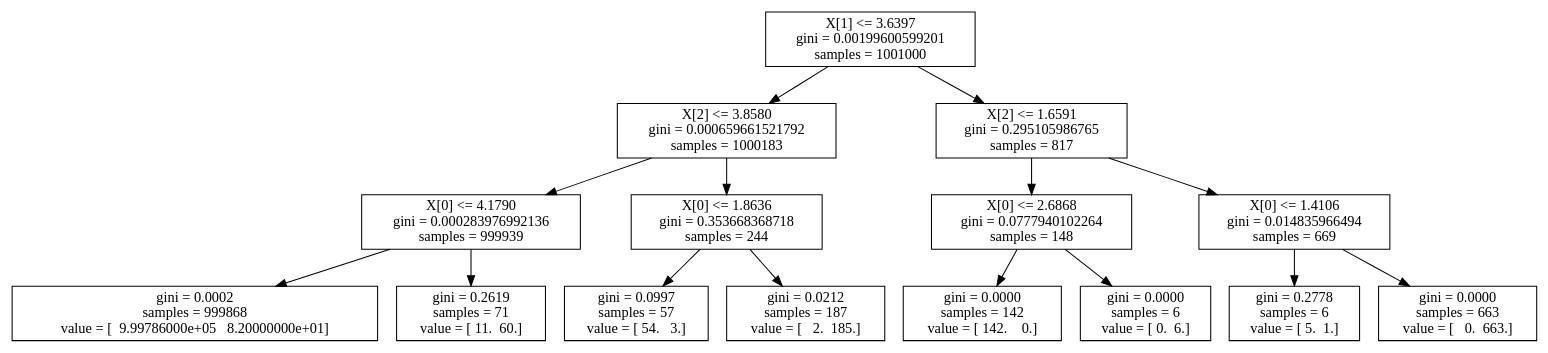
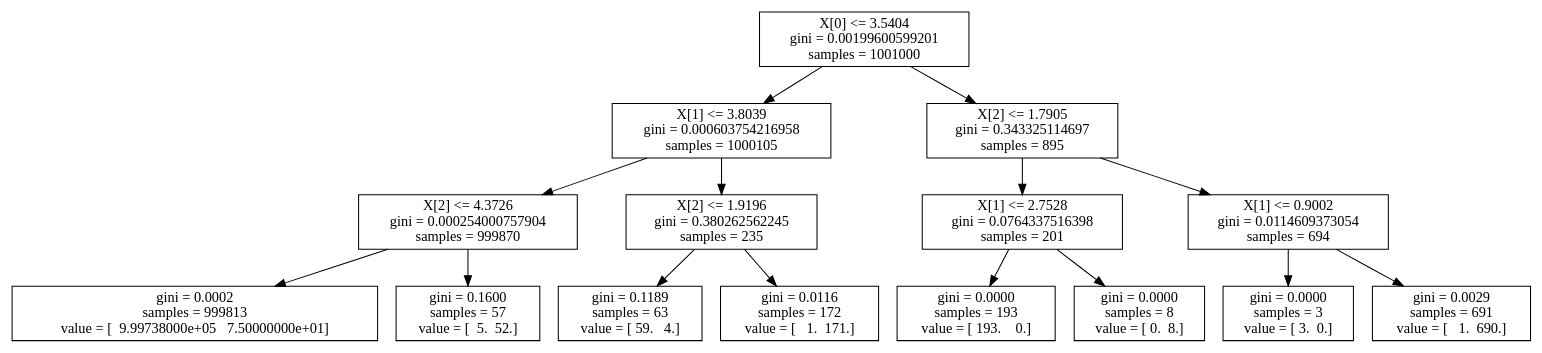
Before and after one commit to NaOsugi1987/myStudies: the diagram in 異常検知と変化検知/tree3D.dot, drawn with Graphviz. The commit also changed 3 other files, not shown here.

```diff
--- a/異常検知と変化検知/tree3D.dot
+++ b/異常検知と変化検知/tree3D.dot
@@ -1,31 +1,31 @@
 digraph Tree {
-0 [label="X[1] <= 3.6397\ngini = 0.00199600599201\nsamples = 1001000", shape="box"] ;
-1 [label="X[2] <= 3.8580\ngini = 0.000659661521792\nsamples = 1000183", shape="box"] ;
+0 [label="X[0] <= 3.5404\ngini = 0.00199600599201\nsamples = 1001000", shape="box"] ;
+1 [label="X[1] <= 3.8039\ngini = 0.000603754216958\nsamples = 1000105", shape="box"] ;
 0 -> 1 ;
-2 [label="X[0] <= 4.1790\ngini = 0.000283976992136\nsamples = 999939", shape="box"] ;
+2 [label="X[2] <= 4.3726\ngini = 0.000254000757904\nsamples = 999870", shape="box"] ;
 1 -> 2 ;
-3 [label="gini = 0.0002\nsamples = 999868\nvalue = [  9.99786000e+05   8.20000000e+01]", shape="box"] ;
+3 [label="gini = 0.0002\nsamples = 999813\nvalue = [  9.99738000e+05   7.50000000e+01]", shape="box"] ;
 2 -> 3 ;
-4 [label="gini = 0.2619\nsamples = 71\nvalue = [ 11.  60.]", shape="box"] ;
+4 [label="gini = 0.1600\nsamples = 57\nvalue = [  5.  52.]", shape="box"] ;
 2 -> 4 ;
-5 [label="X[0] <= 1.8636\ngini = 0.353668368718\nsamples = 244", shape="box"] ;
+5 [label="X[2] <= 1.9196\ngini = 0.380262562245\nsamples = 235", shape="box"] ;
 1 -> 5 ;
-6 [label="gini = 0.0997\nsamples = 57\nvalue = [ 54.   3.]", shape="box"] ;
+6 [label="gini = 0.1189\nsamples = 63\nvalue = [ 59.   4.]", shape="box"] ;
 5 -> 6 ;
-7 [label="gini = 0.0212\nsamples = 187\nvalue = [   2.  185.]", shape="box"] ;
+7 [label="gini = 0.0116\nsamples = 172\nvalue = [   1.  171.]", shape="box"] ;
 5 -> 7 ;
-8 [label="X[2] <= 1.6591\ngini = 0.295105986765\nsamples = 817", shape="box"] ;
+8 [label="X[2] <= 1.7905\ngini = 0.343325114697\nsamples = 895", shape="box"] ;
 0 -> 8 ;
-9 [label="X[0] <= 2.6868\ngini = 0.0777940102264\nsamples = 148", shape="box"] ;
+9 [label="X[1] <= 2.7528\ngini = 0.0764337516398\nsamples = 201", shape="box"] ;
 8 -> 9 ;
-10 [label="gini = 0.0000\nsamples = 142\nvalue = [ 142.    0.]", shape="box"] ;
+10 [label="gini = 0.0000\nsamples = 193\nvalue = [ 193.    0.]", shape="box"] ;
 9 -> 10 ;
-11 [label="gini = 0.0000\nsamples = 6\nvalue = [ 0.  6.]", shape="box"] ;
+11 [label="gini = 0.0000\nsamples = 8\nvalue = [ 0.  8.]", shape="box"] ;
 9 -> 11 ;
-12 [label="X[0] <= 1.4106\ngini = 0.014835966494\nsamples = 669", shape="box"] ;
+12 [label="X[1] <= 0.9002\ngini = 0.0114609373054\nsamples = 694", shape="box"] ;
 8 -> 12 ;
-13 [label="gini = 0.2778\nsamples = 6\nvalue = [ 5.  1.]", shape="box"] ;
+13 [label="gini = 0.0000\nsamples = 3\nvalue = [ 3.  0.]", shape="box"] ;
 12 -> 13 ;
-14 [label="gini = 0.0000\nsamples = 663\nvalue = [   0.  663.]", shape="box"] ;
+14 [label="gini = 0.0029\nsamples = 691\nvalue = [   1.  690.]", shape="box"] ;
 12 -> 14 ;
 }
```
